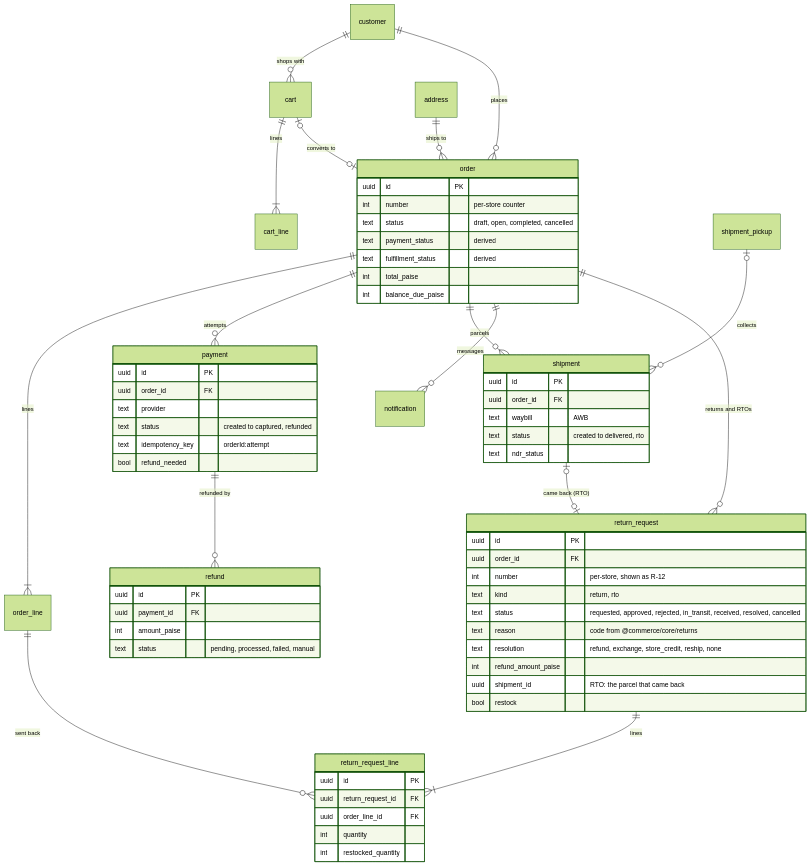
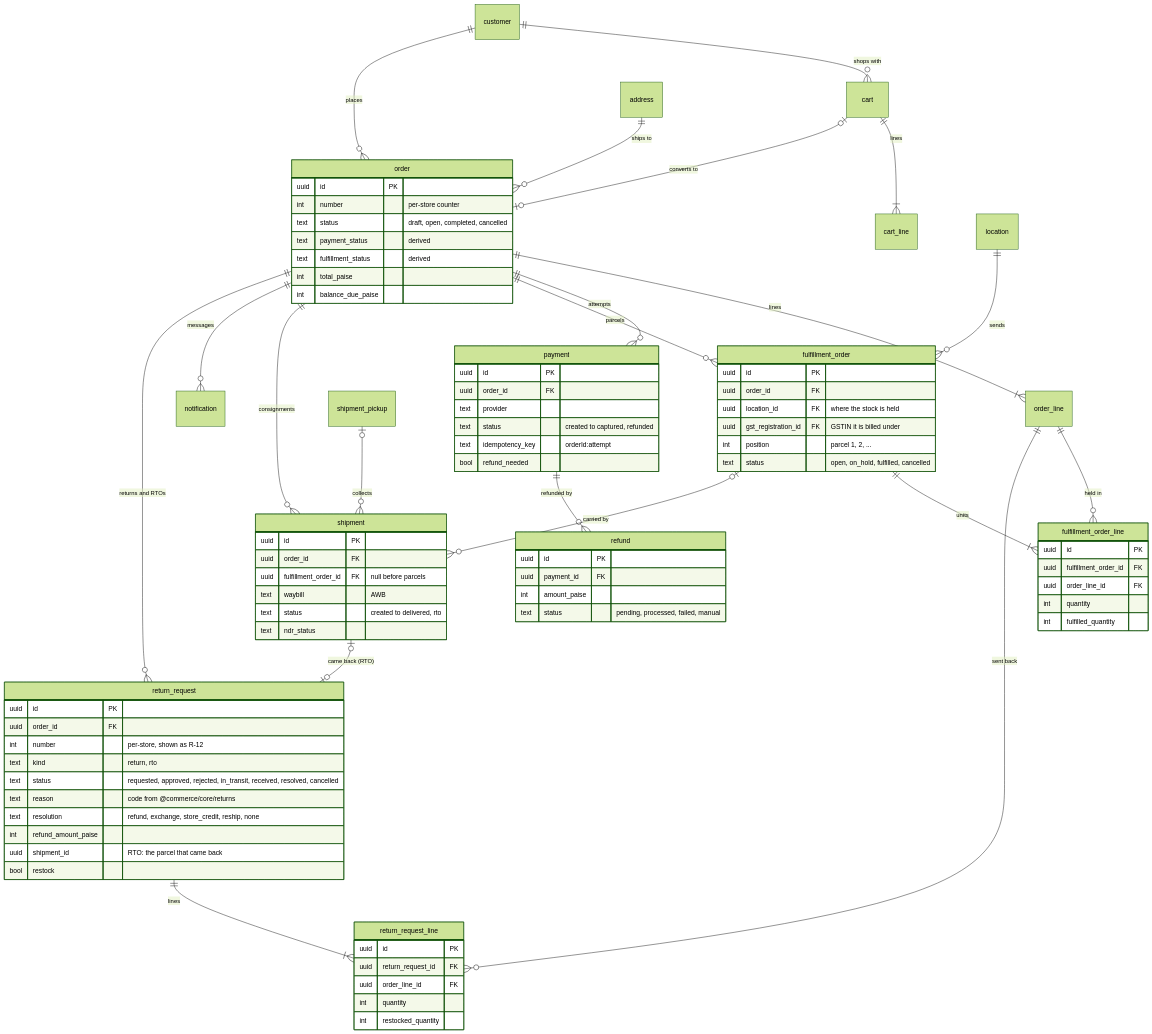
The first of 4 diagrams in apps/docs/content/developer-docs/building/data-model.mdx (Viora-Tech/e-commerce), drawn with Mermaid (forest theme) before and after one commit. The commit also changed other lines of this file and 19 other files, not shown here.

First line of the commit message:
feat(orders): parcels (fulfilment orders) hold and move each order's stock

```diff
--- a/apps/docs/content/developer-docs/building/data-model.mdx
+++ b/apps/docs/content/developer-docs/building/data-model.mdx
@@ -29,7 +29,12 @@
   order ||--|{ order_line : "lines"
   order ||--o{ payment : "attempts"
   payment ||--o{ refund : "refunded by"
-  order ||--o{ shipment : "parcels"
+  order ||--o{ fulfillment_order : "parcels"
+  location ||--o{ fulfillment_order : "sends"
+  fulfillment_order ||--|{ fulfillment_order_line : "units"
+  order_line ||--o{ fulfillment_order_line : "held in"
+  order ||--o{ shipment : "consignments"
+  fulfillment_order |o--o{ shipment : "carried by"
   shipment_pickup |o--o{ shipment : "collects"
   order ||--o{ notification : "messages"
   order ||--o{ return_request : "returns and RTOs"
@@ -54,9 +59,25 @@
     text idempotency_key "orderId:attempt"
     bool refund_needed
   }
+  fulfillment_order {
+    uuid id PK
+    uuid order_id FK
+    uuid location_id FK "where the stock is held"
+    uuid gst_registration_id FK "GSTIN it is billed under"
+    int position "parcel 1, 2, ..."
+    text status "open, on_hold, fulfilled, cancelled"
+  }
+  fulfillment_order_line {
+    uuid id PK
+    uuid fulfillment_order_id FK
+    uuid order_line_id FK
+    int quantity
+    int fulfilled_quantity
+  }
   shipment {
     uuid id PK
     uuid order_id FK
+    uuid fulfillment_order_id FK "null before parcels"
     text waybill "AWB"
     text status "created to delivered, rto"
     text ndr_status
```
